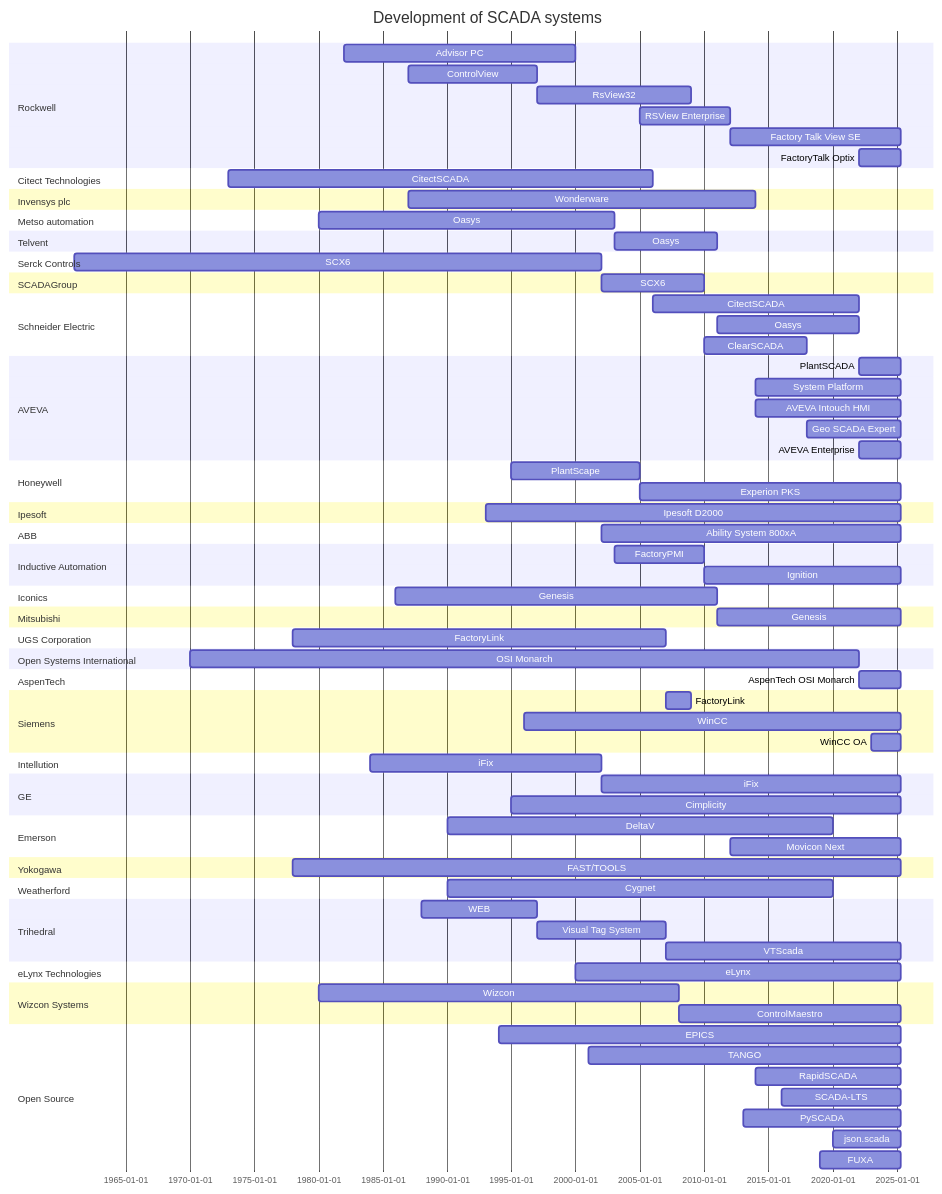
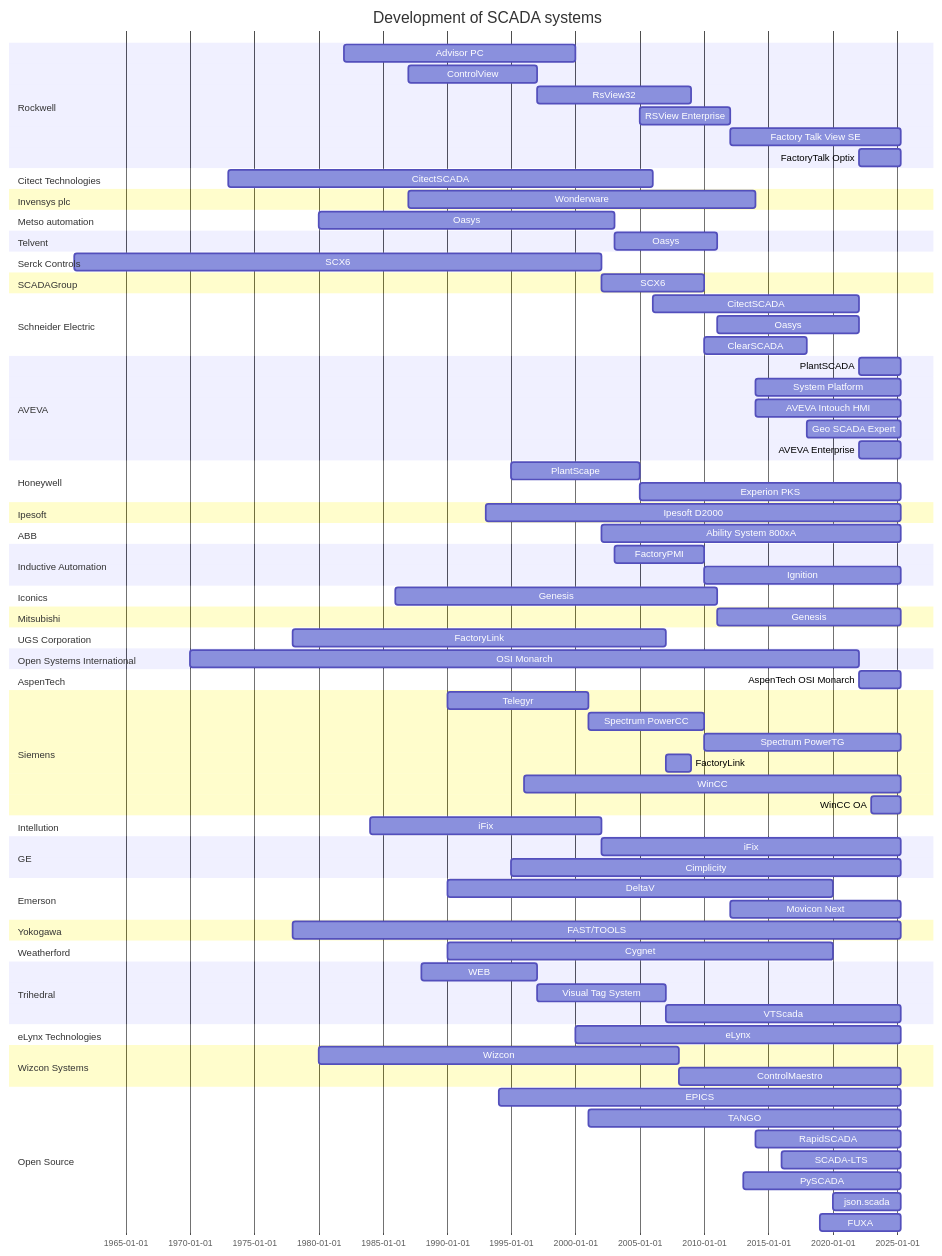
Before and after one commit to hutcheb/scada-timeline: the diagram in README.md, drawn with Mermaid.

Commit message:
feat: Siemens PowerTG

```diff
--- a/README.md
+++ b/README.md
@@ -43,7 +43,6 @@
         %%(Don't have dates for Intouch)
         AVEVA Intouch HMI :after s2, until 2025
         %%(https://github.com/hutcheb/scada-timeline/issues/1)
-        
         Geo SCADA Expert : after clearscada, until 2025
         AVEVA Enterprise : after oasys_se, until 2025
     section Honeywell
@@ -76,6 +75,13 @@
         %%(https://en.wikipedia.org/wiki/Aspen_Technology)
         AspenTech OSI Monarch : after osi_monach, until 2025
     section Siemens
+        %%(https://www.renewableenergyworld.com/energy-business/siemens-power-transmission-and-distribution-merges-telegyr-systems-business/)
+        %%(No Start Date)
+        Telegyr : telegyr, 1990,2001
+        %%(No End Date)
+        Spectrum PowerCC : powercc, after telegyr, 2010
+        %%(No Start and End Date)
+        Spectrum PowerTG : after powercc, until 2025
         FactoryLink : after factorylink, 2009
         %%(https://en.wikipedia.org/wiki/WinCC)
         WinCC :siemens1, 1996, until 2025
```
